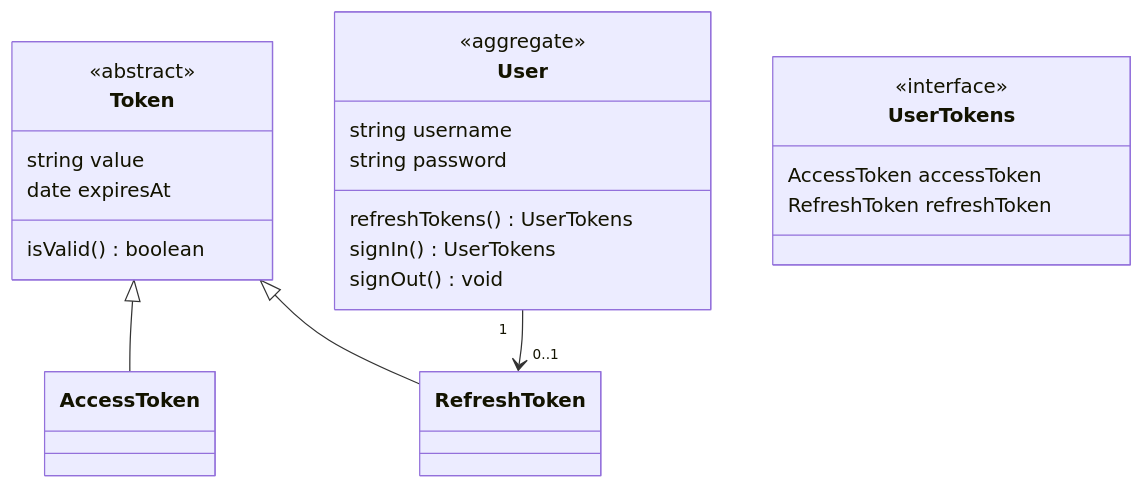
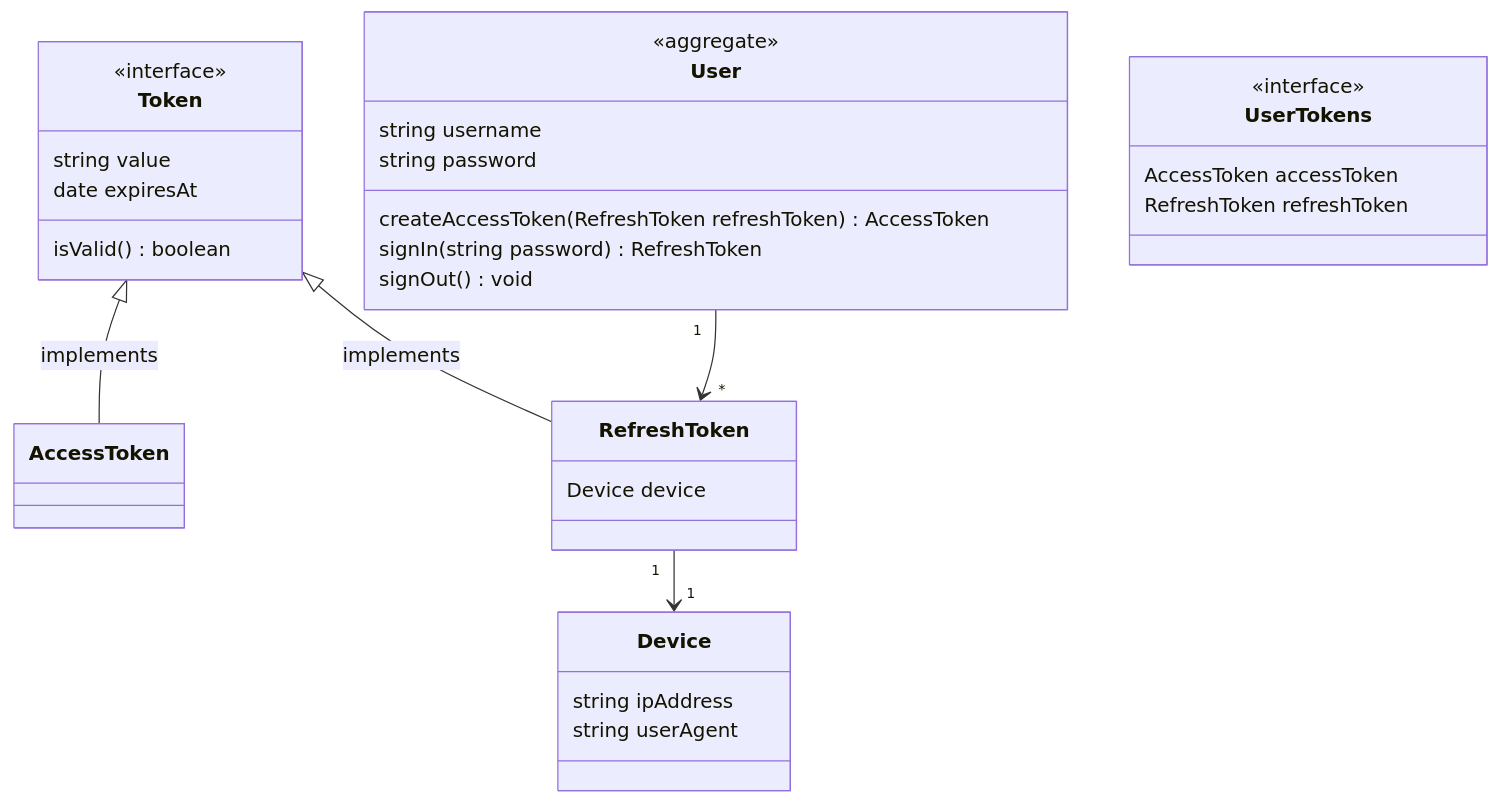
The first of 2 diagrams in README.md (waspeer/user-module-jwt), drawn with Mermaid before and after one commit. The commit also changed other lines of this file, not shown here.

Commit message:
Update event names + flow

````diff
--- a/README.md
+++ b/README.md
@@ -14,33 +13,41 @@
 ```mermaid
 classDiagram
 
-Token <|-- AccessToken
-Token <|-- RefreshToken
-User "1" --> "0..1" RefreshToken
+Token <|-- AccessToken: implements
+Token <|-- RefreshToken: implements
+User "1" --> "*" RefreshToken
+RefreshToken "1" --> "1" Device
 
 class User {
   <<aggregate>>
   string username
   string password
 
-  refreshTokens() UserTokens
-  signIn() UserTokens
+  createAccessToken(RefreshToken refreshToken) AccessToken
+  signIn(string password) RefreshToken
   signOut() void
 }
 
 class Token {
-  <<abstract>>
+  <<interface>>
   string value
   date expiresAt
 
   isValid() boolean
 }
 class AccessToken
-class RefreshToken
+class RefreshToken {
+  Device device
+}
 
 class UserTokens {
   <<interface>>
   AccessToken accessToken
   RefreshToken refreshToken
 }
+
+class Device {
+  string ipAddress
+  string userAgent
+}
 ```
````
